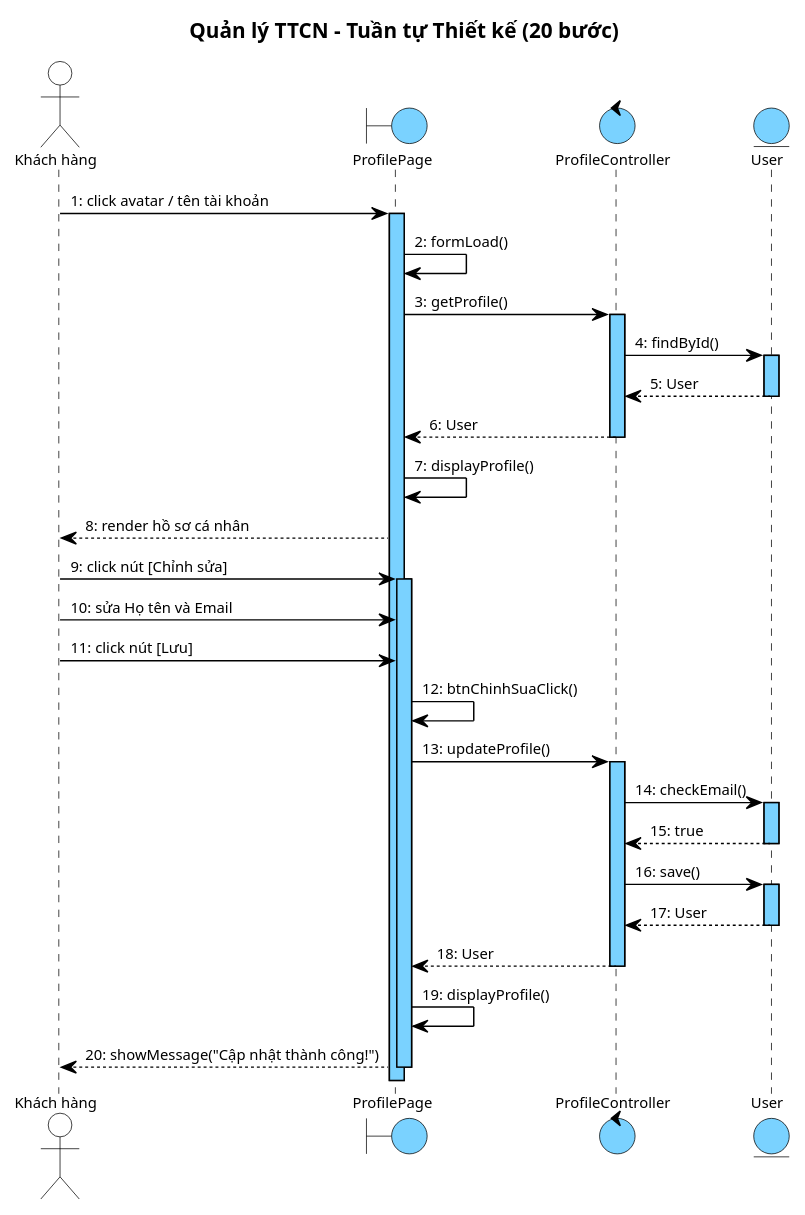
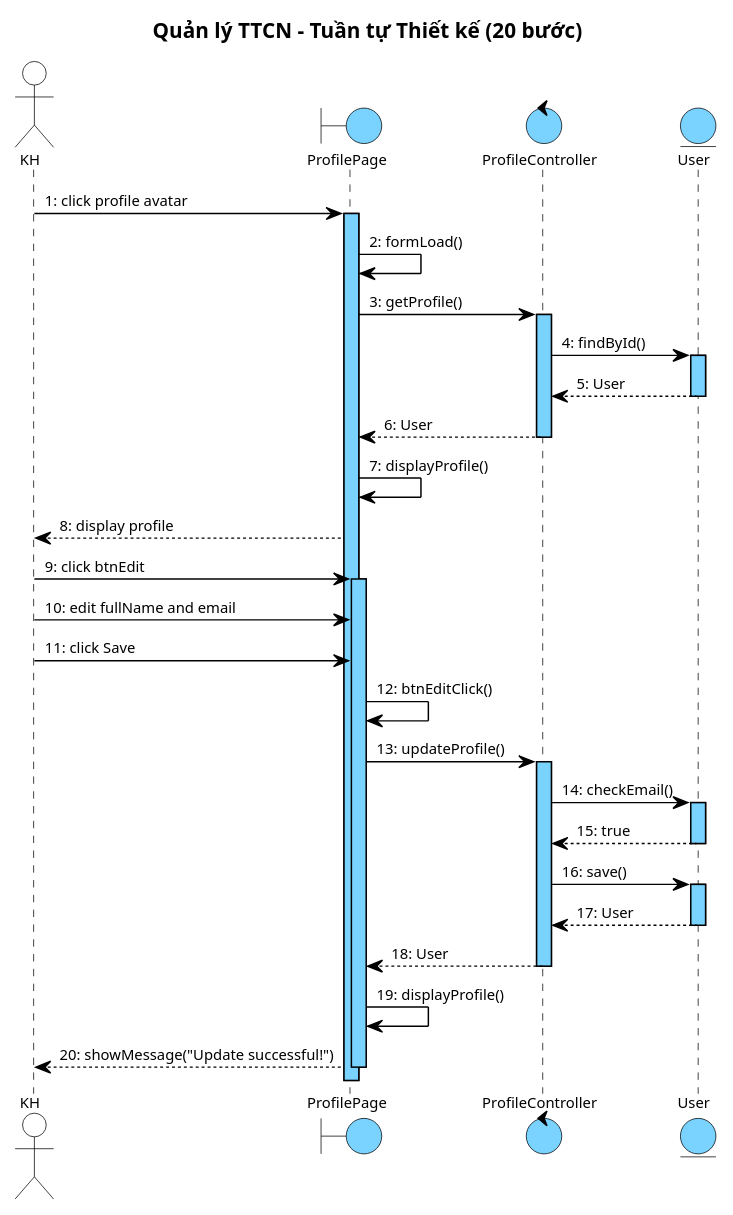
One commit to thanhtrnnn/cnpm changed the seventh of 8 diagrams in docs/tabs/account/iii-design.md. Above: the diagram before and after it, drawn with PlantUML. The commit also changed other lines of this file and 3 other files, not shown here.

First line of the commit message:
fix: PlantUML arrow labels → English; section II.4 scenarios use bullets

````diff
--- a/docs/tabs/account/iii-design.md
+++ b/docs/tabs/account/iii-design.md
@@ -981,12 +981,12 @@
 </style>
 title Quản lý TTCN – Tuần tự Thiết kế (20 bước)
 
-actor "Khách hàng" as KH
+actor "KH" as KH
 boundary ProfilePage as B1
 control ProfileController as C1
 entity User as E1
 
-KH -> B1 : 1: click avatar / tên tài khoản
+KH -> B1 : 1: click profile avatar
 activate B1
 B1 -> B1 : 2: formLoad()
 B1 -> C1 : 3: getProfile()
@@ -998,12 +998,12 @@
 C1 --> B1 : 6: User
 deactivate C1
 B1 -> B1 : 7: displayProfile()
-B1 --> KH : 8: render hồ sơ cá nhân
-KH -> B1 : 9: click nút [Chỉnh sửa]
+B1 --> KH : 8: display profile
+KH -> B1 : 9: click btnEdit
 activate B1
-KH -> B1 : 10: sửa Họ tên và Email
-KH -> B1 : 11: click nút [Lưu]
-B1 -> B1 : 12: btnChinhSuaClick()
+KH -> B1 : 10: edit fullName and email
+KH -> B1 : 11: click Save
+B1 -> B1 : 12: btnEditClick()
 B1 -> C1 : 13: updateProfile()
 activate C1
 C1 -> E1 : 14: checkEmail()
@@ -1017,7 +1017,7 @@
 C1 --> B1 : 18: User
 deactivate C1
 B1 -> B1 : 19: displayProfile()
-B1 --> KH : 20: showMessage("Cập nhật thành công!")
+B1 --> KH : 20: showMessage("Update successful!")
 deactivate B1
 @enduml
 ```
````
